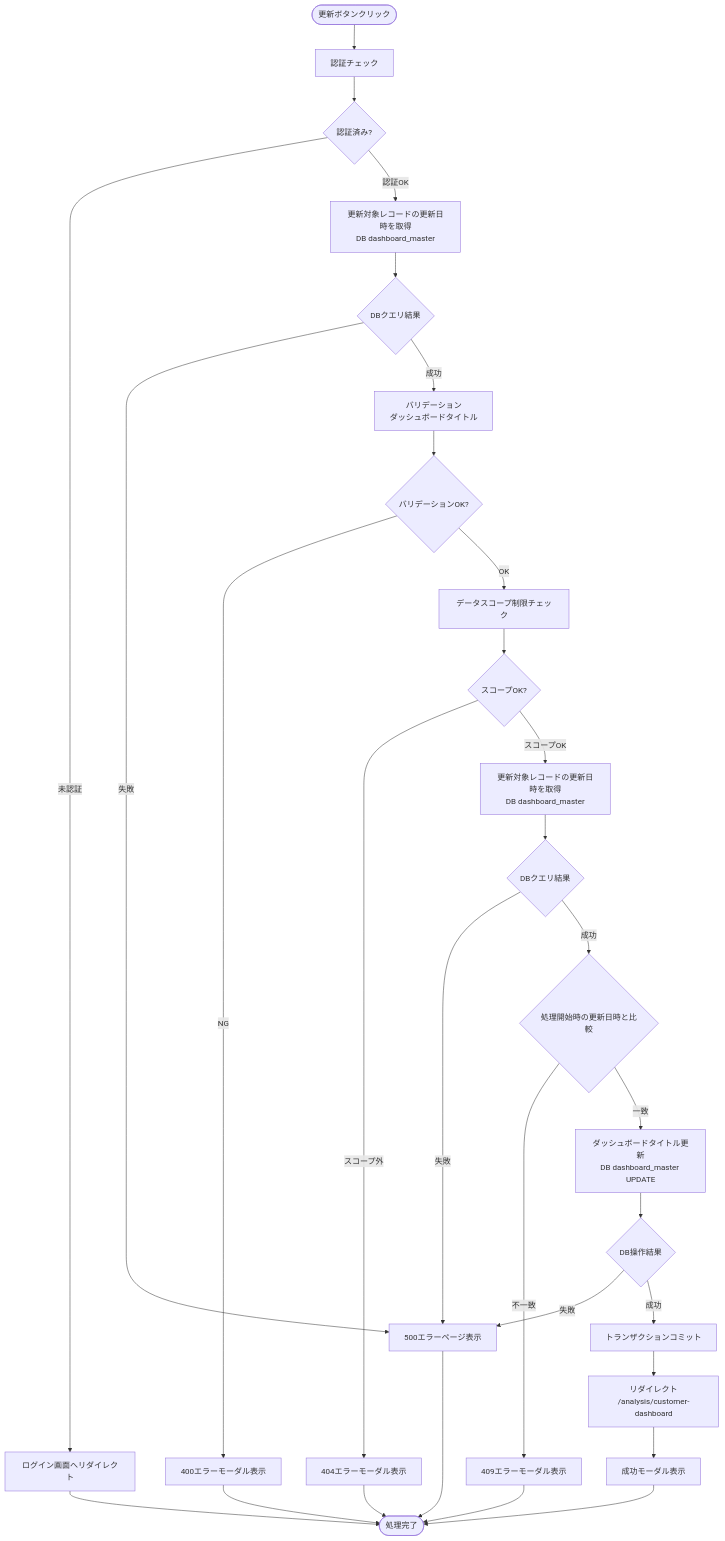
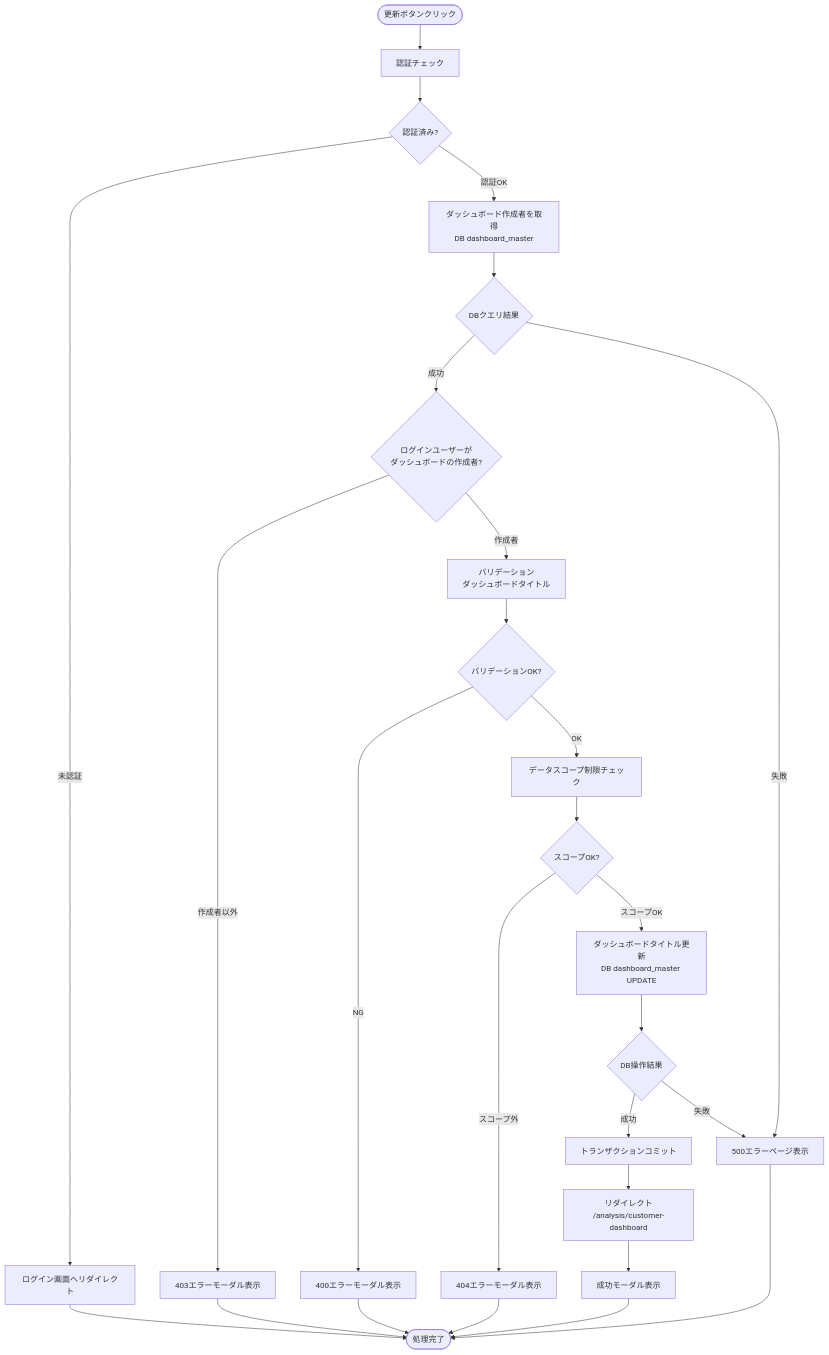
The fifth of 15 diagrams in docs/03-features/flask-app/customer-dashboard/common/workflow-specification.md (NSW-SVCP-AIWG002/Databricks-IoT), drawn with Mermaid before and after one commit. The commit also changed other lines of this file and 4 other files, not shown here.

````diff
--- a/docs/03-features/flask-app/customer-dashboard/common/workflow-specification.md
+++ b/docs/03-features/flask-app/customer-dashboard/common/workflow-specification.md
@@ -957,40 +976,36 @@
 ```mermaid
 flowchart TD
     Start([更新ボタンクリック]) --> Auth[認証チェック]
     Auth --> CheckAuth{認証済み?}
     CheckAuth -->|未認証| LoginRedirect[ログイン画面へリダイレクト]
+    CheckAuth -->|認証OK| DashboardQuery[ダッシュボード作成者を取得<br>DB dashboard_master]
 
-    CheckAuth -->|認証OK| UpdateDateQuery1[更新対象レコードの更新日時を取得<br>DB dashboard_master]
-    UpdateDateQuery1 --> CheckUpdateDateQuery1{DBクエリ結果}
-    CheckUpdateDateQuery1 -->|失敗| Error500[500エラーページ表示]
+    DashboardQuery --> CheckDashboardQuery{DBクエリ結果}
+    CheckDashboardQuery -->|成功| CheckCreator{ログインユーザーが<br>ダッシュボードの作成者?}
+    CheckDashboardQuery -->|失敗| Error500[500エラーページ表示]
 
-    CheckUpdateDateQuery1 -->|成功| Validate[バリデーション<br>ダッシュボードタイトル]
+    CheckCreator -->|作成者以外| Error403[403エラーモーダル表示]
+    CheckCreator -->|作成者| Validate[バリデーション<br>ダッシュボードタイトル]
+
     Validate --> CheckValidate{バリデーションOK?}
     CheckValidate -->|NG| Error400[400エラーモーダル表示]
+    CheckValidate -->|OK| Scope[データスコープ制限チェック]
 
-    CheckValidate -->|OK| Scope[データスコープ制限チェック]
     Scope --> CheckScope{スコープOK?}
     CheckScope -->|スコープ外| Error404[404エラーモーダル表示]
+    CheckScope -->|スコープOK| Update[ダッシュボードタイトル更新<br>DB dashboard_master UPDATE]
 
-    CheckScope -->|スコープOK| UpdateDateQuery2[更新対象レコードの更新日時を取得<br>DB dashboard_master]
-    UpdateDateQuery2 --> CheckUpdateDateQuery2{DBクエリ結果}
-    CheckUpdateDateQuery2 -->|失敗| Error500
-
-    CheckUpdateDateQuery2 -->|成功| ComparisonUpdateDate{処理開始時の更新日時と比較}
-    ComparisonUpdateDate -->|不一致| Error409[409エラーモーダル表示]
-
-    ComparisonUpdateDate -->|一致| Update[ダッシュボードタイトル更新<br>DB dashboard_master UPDATE]
     Update --> CheckUpdate{DB操作結果}
+    CheckUpdate -->|成功| Commit[トランザクションコミット]
     CheckUpdate -->|失敗| Error500
-    CheckUpdate -->|成功| Commit[トランザクションコミット]
 
     Commit --> Redirect[リダイレクト<br>/analysis/customer-dashboard]
     Redirect --> 200OK[成功モーダル表示]
 
     LoginRedirect --> End([処理完了])
     200OK --> End
     Error400 --> End
+    Error403 --> End
     Error404 --> End
-    Error409 --> End
     Error500 --> End
 ```
````
